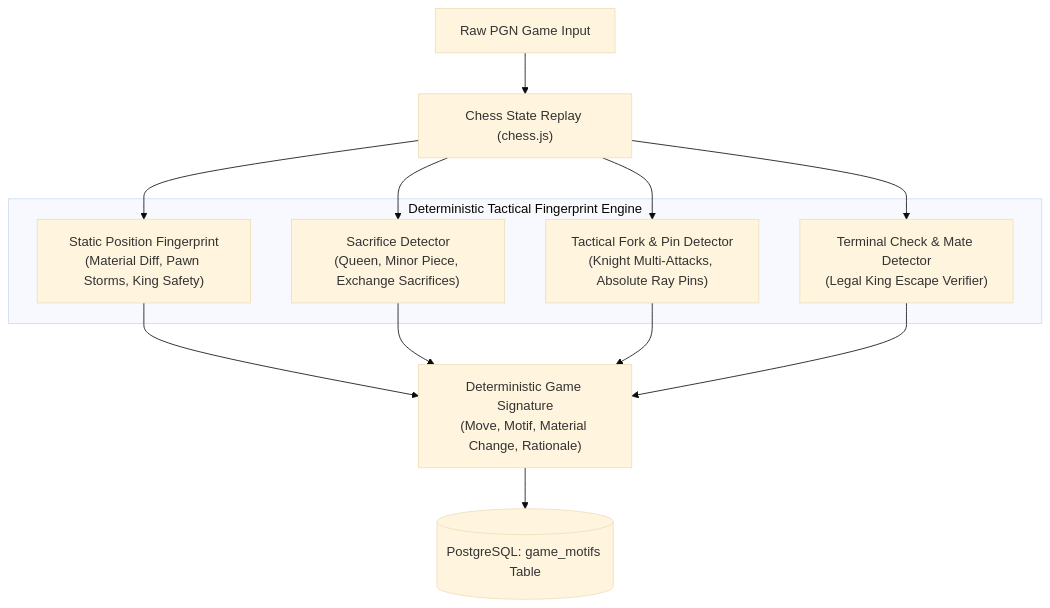
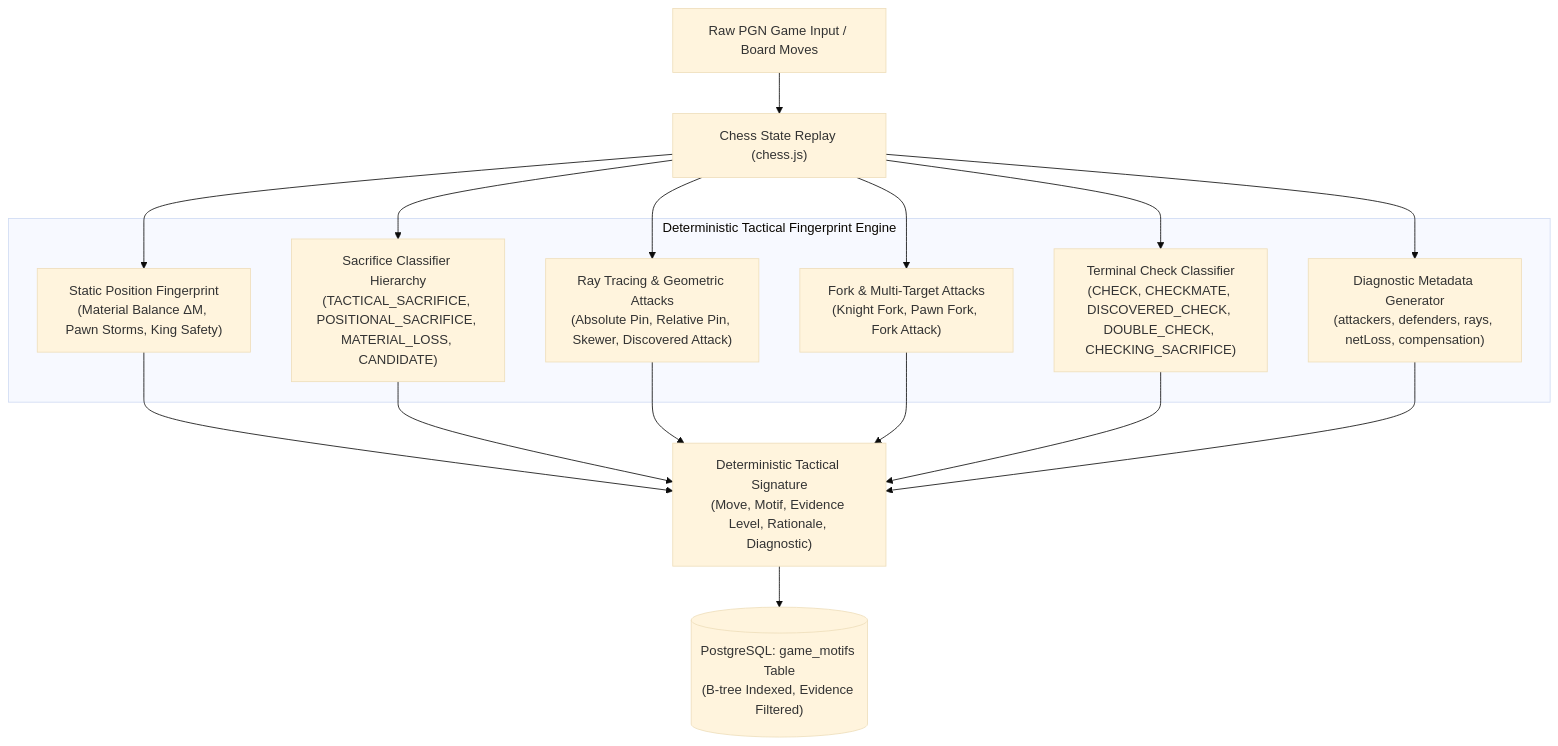
Before and after one commit to RAGHAV-BUDUR/CHESS-DATABASE: the diagram in docs/TACTICAL_FINGERPRINT_ENGINE.md, drawn with Mermaid (base theme). The commit also changed other lines of this file and 58 other files, not shown here.

````diff
--- a/docs/TACTICAL_FINGERPRINT_ENGINE.md
+++ b/docs/TACTICAL_FINGERPRINT_ENGINE.md
@@ -15,20 +15,24 @@
 ```mermaid
 flowchart TD
-    PGN["Raw PGN Game Input"] --> Replay["Chess State Replay (chess.js)"]
+    PGN["Raw PGN Game Input / Board Moves"] --> Replay["Chess State Replay (chess.js)"]
     
     subgraph Engine["Deterministic Tactical Fingerprint Engine"]
-        F1["Static Position Fingerprint\n(Material Diff, Pawn Storms, King Safety)"]
-        F2["Sacrifice Detector\n(Queen, Minor Piece, Exchange Sacrifices)"]
-        F3["Tactical Fork & Pin Detector\n(Knight Multi-Attacks, Absolute Ray Pins)"]
-        F4["Terminal Check & Mate Detector\n(Legal King Escape Verifier)"]
+        F1["Static Position Fingerprint\n(Material Balance ΔM, Pawn Storms, King Safety)"]
+        F2["Sacrifice Classifier Hierarchy\n(TACTICAL_SACRIFICE, POSITIONAL_SACRIFICE, MATERIAL_LOSS, CANDIDATE)"]
+        F3["Ray Tracing & Geometric Attacks\n(Absolute Pin, Relative Pin, Skewer, Discovered Attack)"]
+        F4["Fork & Multi-Target Attacks\n(Knight Fork, Pawn Fork, Fork Attack)"]
+        F5["Terminal Check Classifier\n(CHECK, CHECKMATE, DISCOVERED_CHECK, DOUBLE_CHECK, CHECKING_SACRIFICE)"]
+        F6["Diagnostic Metadata Generator\n(attackers, defenders, rays, netLoss, compensation)"]
     end
     
     Replay --> F1
     Replay --> F2
     Replay --> F3
     Replay --> F4
+    Replay --> F5
+    Replay --> F6
     
-    F1 & F2 & F3 & F4 --> Signature["Deterministic Game Signature\n(Move, Motif, Material Change, Rationale)"]
+    F1 & F2 & F3 & F4 & F5 & F6 --> Signature["Deterministic Tactical Signature\n(Move, Motif, Evidence Level, Rationale, Diagnostic)"]
     
-    Signature --> DB[("PostgreSQL: game_motifs Table")]
+    Signature --> DB[("PostgreSQL: game_motifs Table\n(B-tree Indexed, Evidence Filtered)")]
 ```
````
